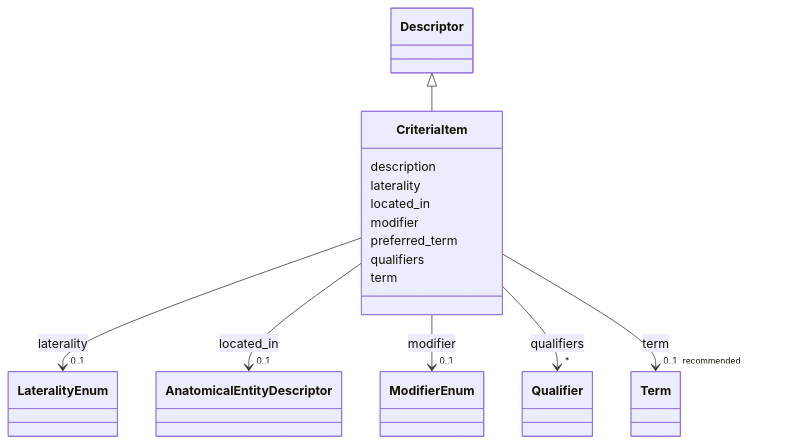
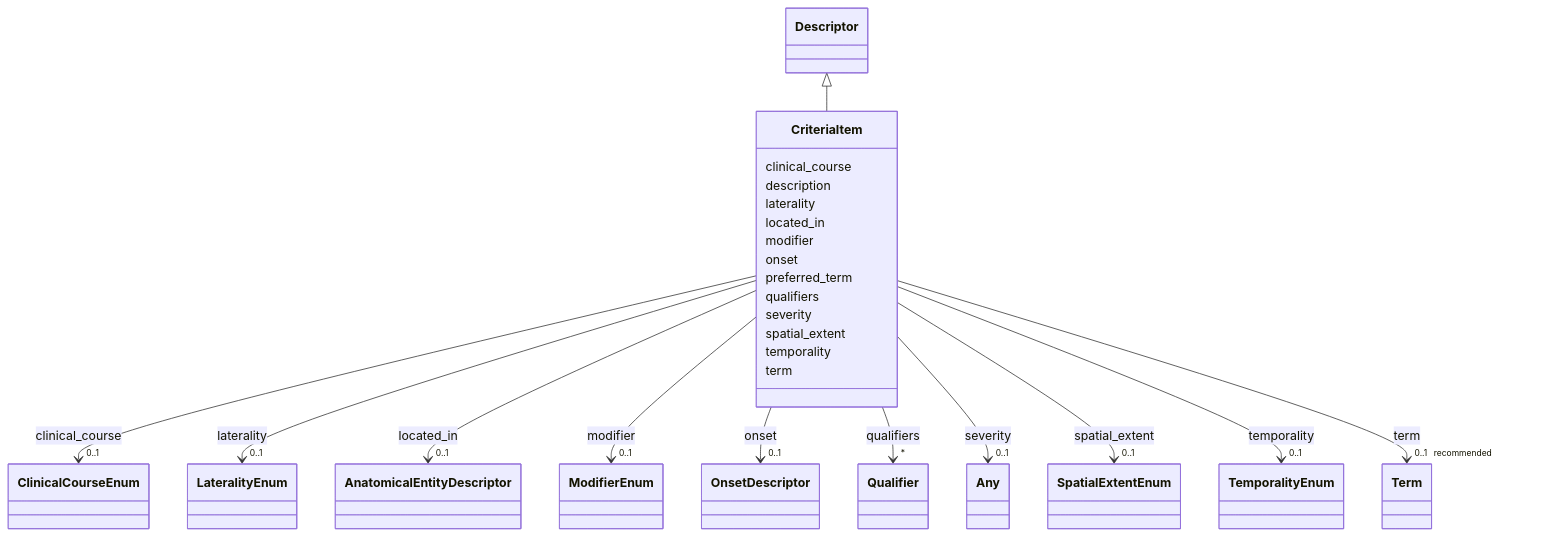
The diagram in docs/schema/classes/CriteriaItem.md (monarch-initiative/dismech), drawn with Mermaid before and after one commit. The commit also changed other lines of this file and 1343 other files, not shown here.

First line of the commit message:
docs: regenerate schema docs and point design-decisions link at rendered page

```diff
--- a/docs/schema/classes/CriteriaItem.md
+++ b/docs/schema/classes/CriteriaItem.md
@@ -22,6 +22,17 @@
       Descriptor <|-- CriteriaItem
         click Descriptor href "../../classes/Descriptor/"
       
+      CriteriaItem : clinical_course
+        
+          
+    
+        
+        
+        CriteriaItem --> "0..1" ClinicalCourseEnum : clinical_course
+        click ClinicalCourseEnum href "../../enums/ClinicalCourseEnum/"
+    
+
+        
       CriteriaItem : description
         
       CriteriaItem : laterality
@@ -57,6 +68,17 @@
     
 
         
+      CriteriaItem : onset
+        
+          
+    
+        
+        
+        CriteriaItem --> "0..1" OnsetDescriptor : onset
+        click OnsetDescriptor href "../../classes/OnsetDescriptor/"
+    
+
+        
       CriteriaItem : preferred_term
         
       CriteriaItem : qualifiers
@@ -67,6 +89,39 @@
         
         CriteriaItem --> "*" Qualifier : qualifiers
         click Qualifier href "../../classes/Qualifier/"
+    
+
+        
+      CriteriaItem : severity
+        
+          
+    
+        
+        
+        CriteriaItem --> "0..1" Any : severity
+        click Any href "../../classes/Any/"
+    
+
+        
+      CriteriaItem : spatial_extent
+        
+          
+    
+        
+        
+        CriteriaItem --> "0..1" SpatialExtentEnum : spatial_extent
+        click SpatialExtentEnum href "../../enums/SpatialExtentEnum/"
+    
+
+        
+      CriteriaItem : temporality
+        
+          
+    
+        
+        
+        CriteriaItem --> "0..1" TemporalityEnum : temporality
+        click TemporalityEnum href "../../enums/TemporalityEnum/"
     
 
         
```
